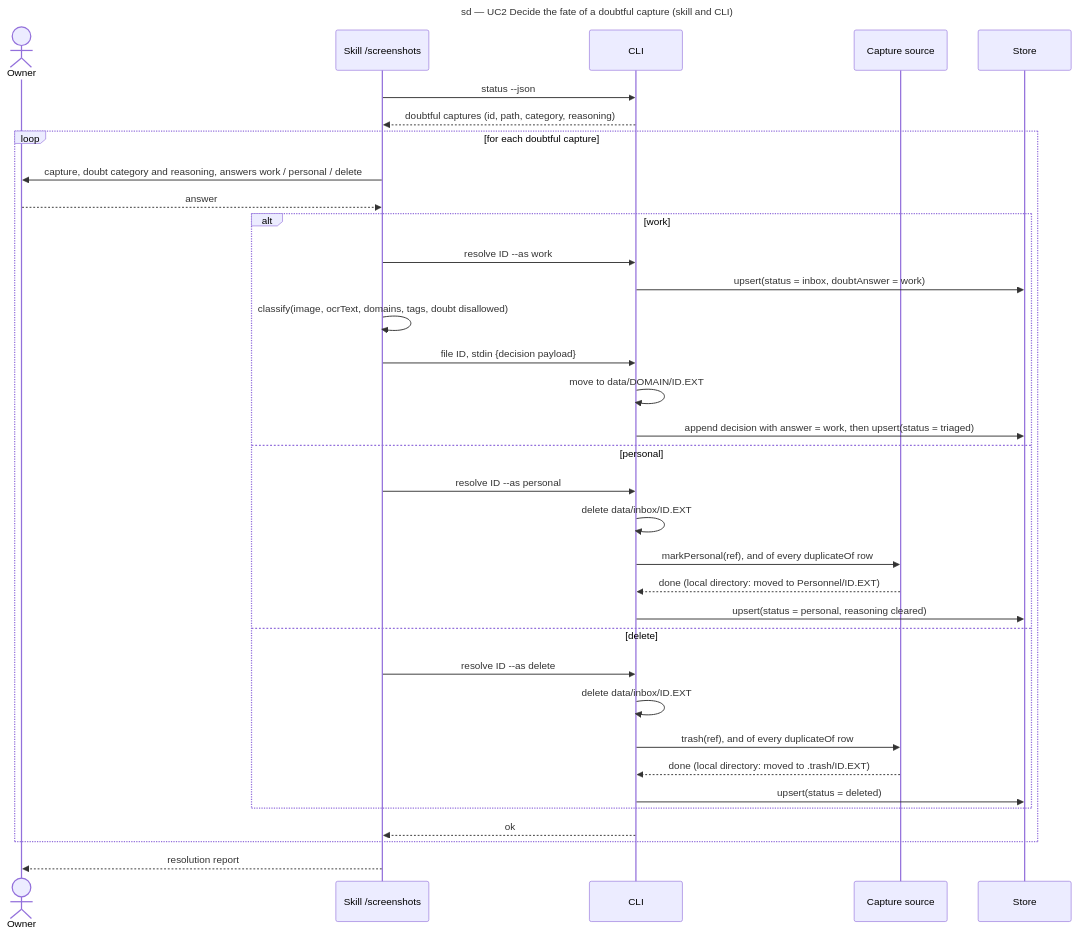
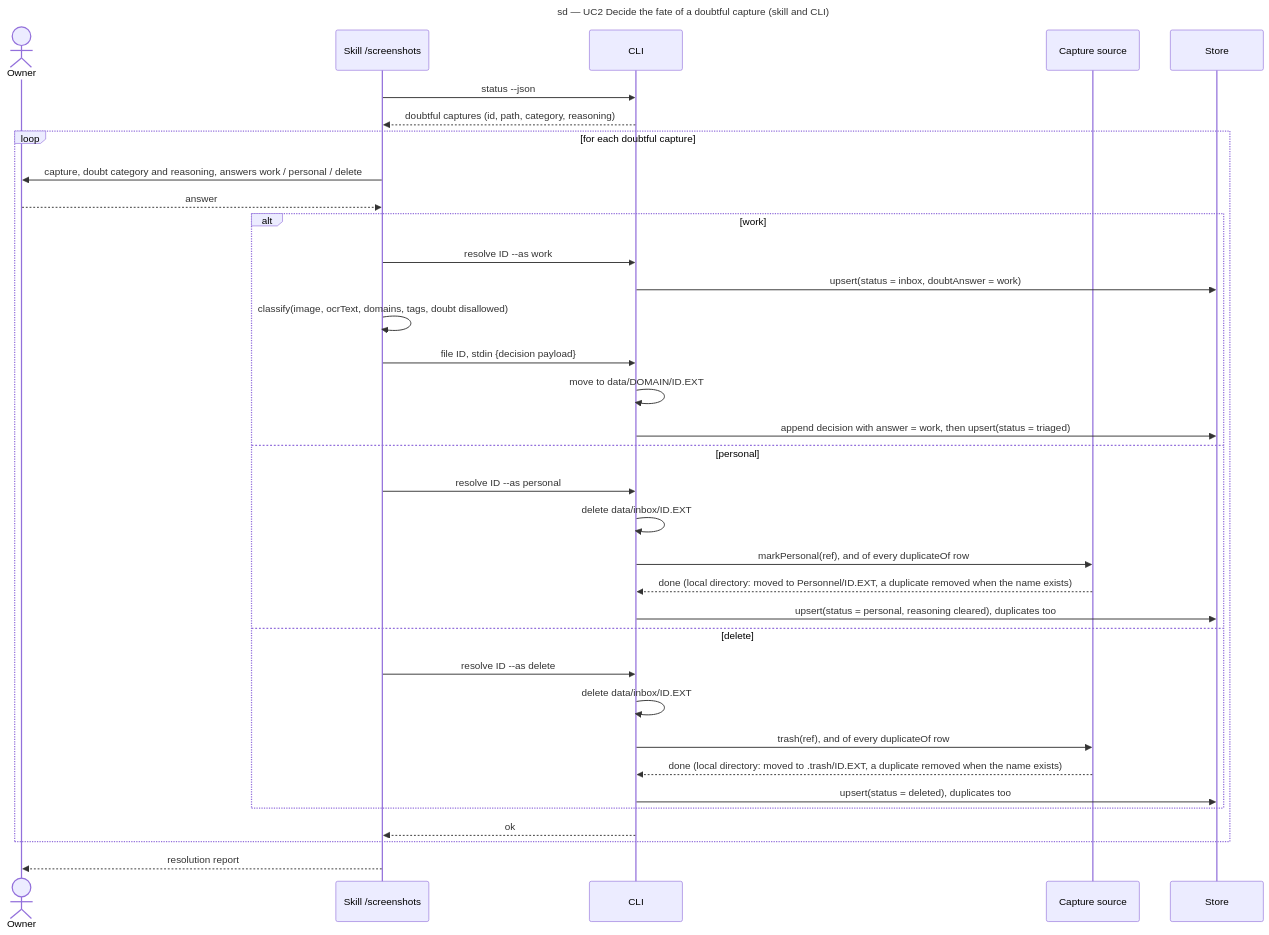
The diagram in docs/architecture/diagrams/triage/02-sequence-resolve-doubt.md (benoit-bremaud/screenshot-triage), drawn with Mermaid before and after one commit. The commit also changed 7 other files, not shown here.

First line of the commit message:
docs(triage/architecture): settle duplicate rows and whitelist the copy extension

````diff
--- a/docs/architecture/diagrams/triage/02-sequence-resolve-doubt.md
+++ b/docs/architecture/diagrams/triage/02-sequence-resolve-doubt.md
@@ -14,37 +14,37 @@
 ```mermaid
 sequenceDiagram
   title sd — UC2 Decide the fate of a doubtful capture (skill and CLI)
   actor Owner
   participant Skill as Skill /screenshots
   participant CLI as CLI
   participant Source as Capture source
   participant Store as Store
   Skill->>CLI: status --json
   CLI-->>Skill: doubtful captures (id, path, category, reasoning)
   loop for each doubtful capture
     Skill->>Owner: capture, doubt category and reasoning, answers work / personal / delete
     Owner-->>Skill: answer
     alt work
       Skill->>CLI: resolve ID --as work
       CLI->>Store: upsert(status = inbox, doubtAnswer = work)
       Skill->>Skill: classify(image, ocrText, domains, tags, doubt disallowed)
       Skill->>CLI: file ID, stdin {decision payload}
       CLI->>CLI: move to data/DOMAIN/ID.EXT
       CLI->>Store: append decision with answer = work, then upsert(status = triaged)
     else personal
       Skill->>CLI: resolve ID --as personal
       CLI->>CLI: delete data/inbox/ID.EXT
       CLI->>Source: markPersonal(ref), and of every duplicateOf row
-      Source-->>CLI: done (local directory: moved to Personnel/ID.EXT)
-      CLI->>Store: upsert(status = personal, reasoning cleared)
+      Source-->>CLI: done (local directory: moved to Personnel/ID.EXT, a duplicate removed when the name exists)
+      CLI->>Store: upsert(status = personal, reasoning cleared), duplicates too
     else delete
       Skill->>CLI: resolve ID --as delete
       CLI->>CLI: delete data/inbox/ID.EXT
       CLI->>Source: trash(ref), and of every duplicateOf row
-      Source-->>CLI: done (local directory: moved to .trash/ID.EXT)
-      CLI->>Store: upsert(status = deleted)
+      Source-->>CLI: done (local directory: moved to .trash/ID.EXT, a duplicate removed when the name exists)
+      CLI->>Store: upsert(status = deleted), duplicates too
     end
     CLI-->>Skill: ok
   end
   Skill-->>Owner: resolution report
 ```
````
